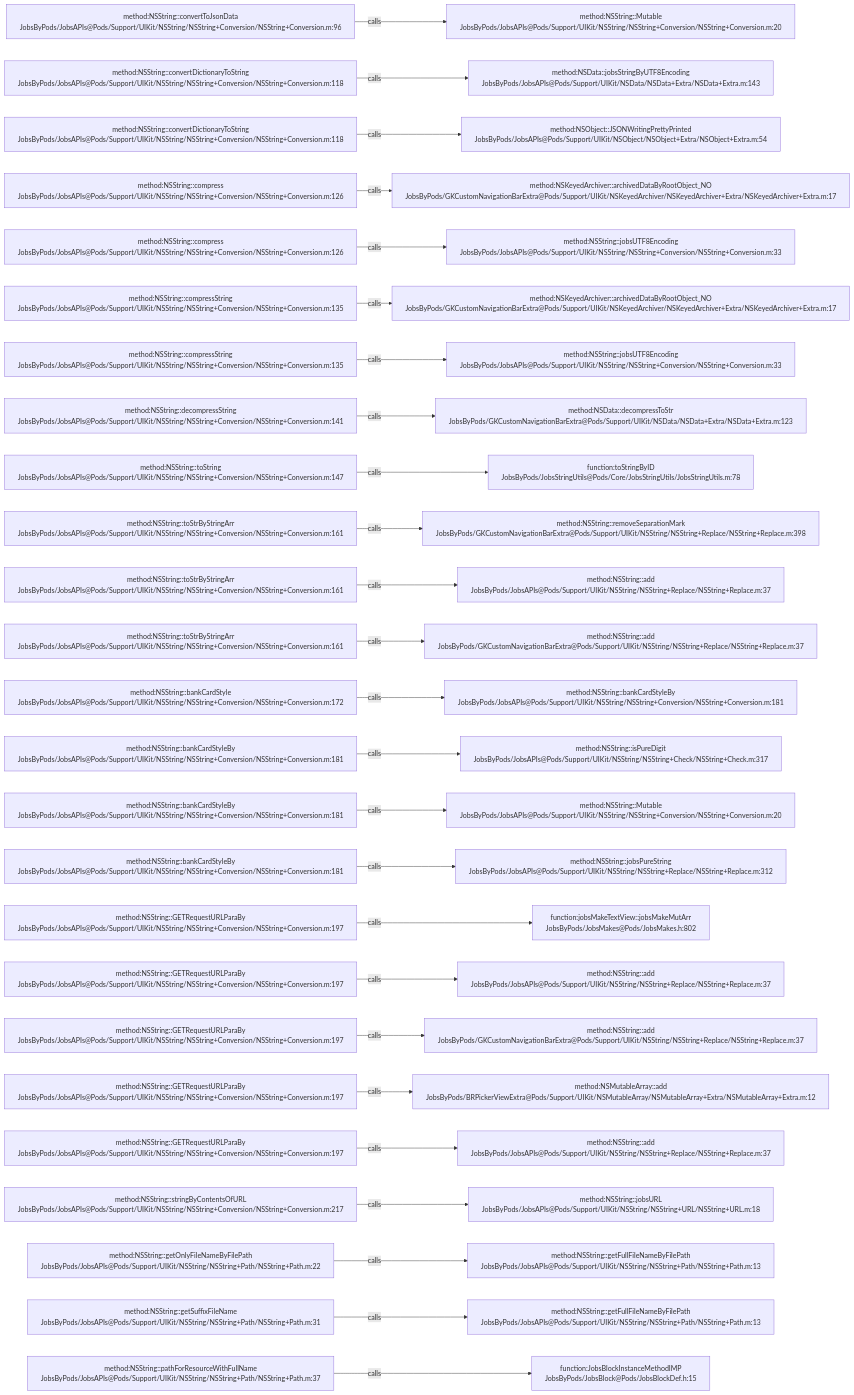
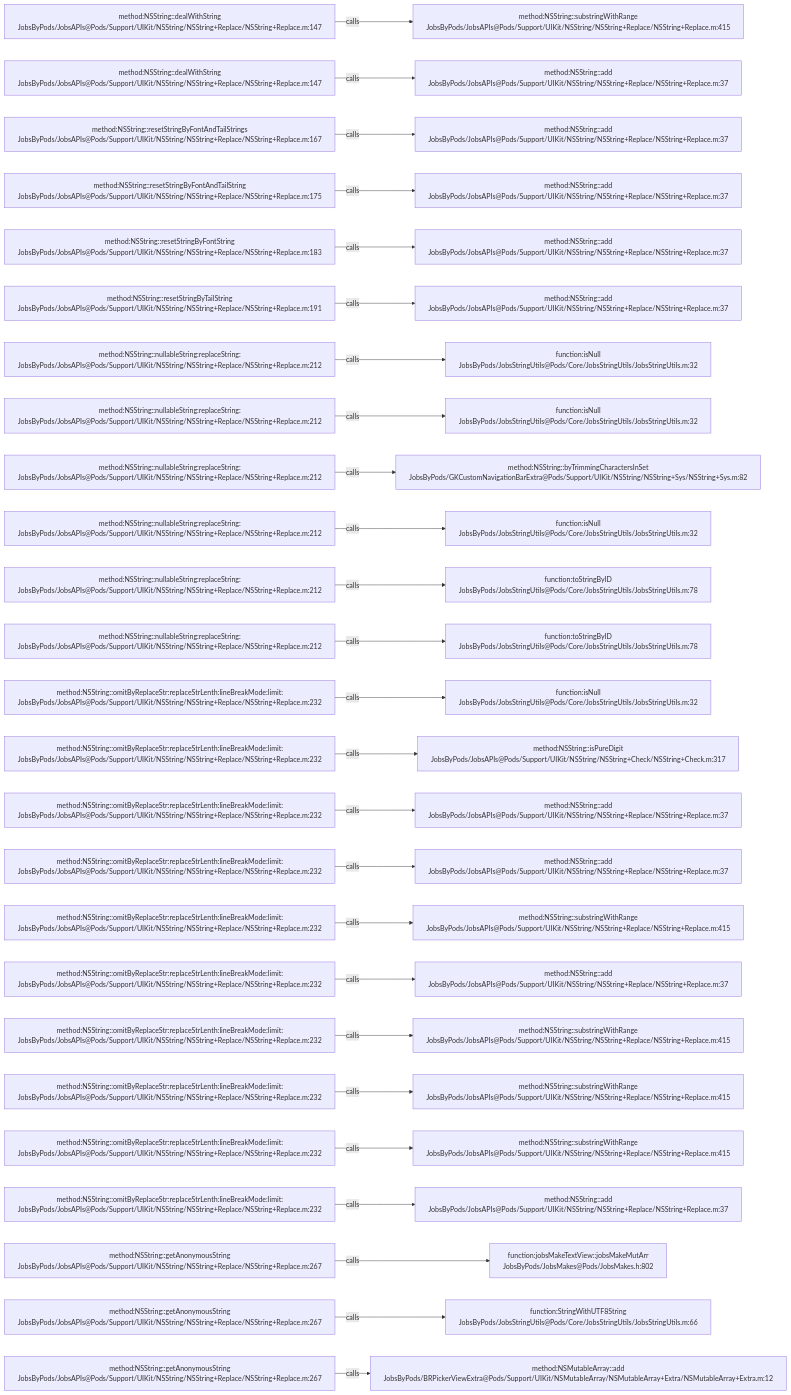
The diagram in .codegraph/codegraph.md/graphs/calls-085.md (JobsKits/JobsOCBaseConfigDemo), drawn with Mermaid before and after one commit. The commit also changed 223 other files, not shown here.

````diff
--- a/.codegraph/codegraph.md/graphs/calls-085.md
+++ b/.codegraph/codegraph.md/graphs/calls-085.md
@@ -13,78 +13,78 @@
 ```mermaid
 flowchart LR
-  S1["method:NSString::convertToJsonData<br/>JobsByPods/JobsAPIs@Pods/Support/UIKit/NSString/NSString+Conversion/NSString+Conversion.m:96"]
-  T1["method:NSString::Mutable<br/>JobsByPods/JobsAPIs@Pods/Support/UIKit/NSString/NSString+Conversion/NSString+Conversion.m:20"]
+  S1["method:NSString::dealWithString<br/>JobsByPods/JobsAPIs@Pods/Support/UIKit/NSString/NSString+Replace/NSString+Replace.m:147"]
+  T1["method:NSString::substringWithRange<br/>JobsByPods/JobsAPIs@Pods/Support/UIKit/NSString/NSString+Replace/NSString+Replace.m:415"]
   S1 -->|calls| T1
-  S2["method:NSString::convertDictionaryToString<br/>JobsByPods/JobsAPIs@Pods/Support/UIKit/NSString/NSString+Conversion/NSString+Conversion.m:118"]
-  T2["method:NSData::jobsStringByUTF8Encoding<br/>JobsByPods/JobsAPIs@Pods/Support/UIKit/NSData/NSData+Extra/NSData+Extra.m:143"]
+  S2["method:NSString::dealWithString<br/>JobsByPods/JobsAPIs@Pods/Support/UIKit/NSString/NSString+Replace/NSString+Replace.m:147"]
+  T2["method:NSString::add<br/>JobsByPods/JobsAPIs@Pods/Support/UIKit/NSString/NSString+Replace/NSString+Replace.m:37"]
   S2 -->|calls| T2
-  S3["method:NSString::convertDictionaryToString<br/>JobsByPods/JobsAPIs@Pods/Support/UIKit/NSString/NSString+Conversion/NSString+Conversion.m:118"]
-  T3["method:NSObject::JSONWritingPrettyPrinted<br/>JobsByPods/JobsAPIs@Pods/Support/UIKit/NSObject/NSObject+Extra/NSObject+Extra.m:54"]
+  S3["method:NSString::resetStringByFontAndTailStrings<br/>JobsByPods/JobsAPIs@Pods/Support/UIKit/NSString/NSString+Replace/NSString+Replace.m:167"]
+  T3["method:NSString::add<br/>JobsByPods/JobsAPIs@Pods/Support/UIKit/NSString/NSString+Replace/NSString+Replace.m:37"]
   S3 -->|calls| T3
-  S4["method:NSString::compress<br/>JobsByPods/JobsAPIs@Pods/Support/UIKit/NSString/NSString+Conversion/NSString+Conversion.m:126"]
-  T4["method:NSKeyedArchiver::archivedDataByRootObject_NO<br/>JobsByPods/GKCustomNavigationBarExtra@Pods/Support/UIKit/NSKeyedArchiver/NSKeyedArchiver+Extra/NSKeyedArchiver+Extra.m:17"]
+  S4["method:NSString::resetStringByFontAndTailString<br/>JobsByPods/JobsAPIs@Pods/Support/UIKit/NSString/NSString+Replace/NSString+Replace.m:175"]
+  T4["method:NSString::add<br/>JobsByPods/JobsAPIs@Pods/Support/UIKit/NSString/NSString+Replace/NSString+Replace.m:37"]
   S4 -->|calls| T4
-  S5["method:NSString::compress<br/>JobsByPods/JobsAPIs@Pods/Support/UIKit/NSString/NSString+Conversion/NSString+Conversion.m:126"]
-  T5["method:NSString::jobsUTF8Encoding<br/>JobsByPods/JobsAPIs@Pods/Support/UIKit/NSString/NSString+Conversion/NSString+Conversion.m:33"]
+  S5["method:NSString::resetStringByFontString<br/>JobsByPods/JobsAPIs@Pods/Support/UIKit/NSString/NSString+Replace/NSString+Replace.m:183"]
+  T5["method:NSString::add<br/>JobsByPods/JobsAPIs@Pods/Support/UIKit/NSString/NSString+Replace/NSString+Replace.m:37"]
   S5 -->|calls| T5
-  S6["method:NSString::compressString<br/>JobsByPods/JobsAPIs@Pods/Support/UIKit/NSString/NSString+Conversion/NSString+Conversion.m:135"]
-  T6["method:NSKeyedArchiver::archivedDataByRootObject_NO<br/>JobsByPods/GKCustomNavigationBarExtra@Pods/Support/UIKit/NSKeyedArchiver/NSKeyedArchiver+Extra/NSKeyedArchiver+Extra.m:17"]
+  S6["method:NSString::resetStringByTailString<br/>JobsByPods/JobsAPIs@Pods/Support/UIKit/NSString/NSString+Replace/NSString+Replace.m:191"]
+  T6["method:NSString::add<br/>JobsByPods/JobsAPIs@Pods/Support/UIKit/NSString/NSString+Replace/NSString+Replace.m:37"]
   S6 -->|calls| T6
-  S7["method:NSString::compressString<br/>JobsByPods/JobsAPIs@Pods/Support/UIKit/NSString/NSString+Conversion/NSString+Conversion.m:135"]
-  T7["method:NSString::jobsUTF8Encoding<br/>JobsByPods/JobsAPIs@Pods/Support/UIKit/NSString/NSString+Conversion/NSString+Conversion.m:33"]
+  S7["method:NSString::nullableString:replaceString:<br/>JobsByPods/JobsAPIs@Pods/Support/UIKit/NSString/NSString+Replace/NSString+Replace.m:212"]
+  T7["function:isNull<br/>JobsByPods/JobsStringUtils@Pods/Core/JobsStringUtils/JobsStringUtils.m:32"]
   S7 -->|calls| T7
-  S8["method:NSString::decompressString<br/>JobsByPods/JobsAPIs@Pods/Support/UIKit/NSString/NSString+Conversion/NSString+Conversion.m:141"]
-  T8["method:NSData::decompressToStr<br/>JobsByPods/GKCustomNavigationBarExtra@Pods/Support/UIKit/NSData/NSData+Extra/NSData+Extra.m:123"]
+  S8["method:NSString::nullableString:replaceString:<br/>JobsByPods/JobsAPIs@Pods/Support/UIKit/NSString/NSString+Replace/NSString+Replace.m:212"]
+  T8["function:isNull<br/>JobsByPods/JobsStringUtils@Pods/Core/JobsStringUtils/JobsStringUtils.m:32"]
   S8 -->|calls| T8
-  S9["method:NSString::toString<br/>JobsByPods/JobsAPIs@Pods/Support/UIKit/NSString/NSString+Conversion/NSString+Conversion.m:147"]
-  T9["function:toStringByID<br/>JobsByPods/JobsStringUtils@Pods/Core/JobsStringUtils/JobsStringUtils.m:78"]
+  S9["method:NSString::nullableString:replaceString:<br/>JobsByPods/JobsAPIs@Pods/Support/UIKit/NSString/NSString+Replace/NSString+Replace.m:212"]
+  T9["method:NSString::byTrimmingCharactersInSet<br/>JobsByPods/GKCustomNavigationBarExtra@Pods/Support/UIKit/NSString/NSString+Sys/NSString+Sys.m:82"]
   S9 -->|calls| T9
-  S10["method:NSString::toStrByStringArr<br/>JobsByPods/JobsAPIs@Pods/Support/UIKit/NSString/NSString+Conversion/NSString+Conversion.m:161"]
-  T10["method:NSString::removeSeparationMark<br/>JobsByPods/GKCustomNavigationBarExtra@Pods/Support/UIKit/NSString/NSString+Replace/NSString+Replace.m:398"]
+  S10["method:NSString::nullableString:replaceString:<br/>JobsByPods/JobsAPIs@Pods/Support/UIKit/NSString/NSString+Replace/NSString+Replace.m:212"]
+  T10["function:isNull<br/>JobsByPods/JobsStringUtils@Pods/Core/JobsStringUtils/JobsStringUtils.m:32"]
   S10 -->|calls| T10
-  S11["method:NSString::toStrByStringArr<br/>JobsByPods/JobsAPIs@Pods/Support/UIKit/NSString/NSString+Conversion/NSString+Conversion.m:161"]
-  T11["method:NSString::add<br/>JobsByPods/JobsAPIs@Pods/Support/UIKit/NSString/NSString+Replace/NSString+Replace.m:37"]
+  S11["method:NSString::nullableString:replaceString:<br/>JobsByPods/JobsAPIs@Pods/Support/UIKit/NSString/NSString+Replace/NSString+Replace.m:212"]
+  T11["function:toStringByID<br/>JobsByPods/JobsStringUtils@Pods/Core/JobsStringUtils/JobsStringUtils.m:78"]
   S11 -->|calls| T11
-  S12["method:NSString::toStrByStringArr<br/>JobsByPods/JobsAPIs@Pods/Support/UIKit/NSString/NSString+Conversion/NSString+Conversion.m:161"]
-  T12["method:NSString::add<br/>JobsByPods/GKCustomNavigationBarExtra@Pods/Support/UIKit/NSString/NSString+Replace/NSString+Replace.m:37"]
+  S12["method:NSString::nullableString:replaceString:<br/>JobsByPods/JobsAPIs@Pods/Support/UIKit/NSString/NSString+Replace/NSString+Replace.m:212"]
+  T12["function:toStringByID<br/>JobsByPods/JobsStringUtils@Pods/Core/JobsStringUtils/JobsStringUtils.m:78"]
   S12 -->|calls| T12
-  S13["method:NSString::bankCardStyle<br/>JobsByPods/JobsAPIs@Pods/Support/UIKit/NSString/NSString+Conversion/NSString+Conversion.m:172"]
-  T13["method:NSString::bankCardStyleBy<br/>JobsByPods/JobsAPIs@Pods/Support/UIKit/NSString/NSString+Conversion/NSString+Conversion.m:181"]
+  S13["method:NSString::omitByReplaceStr:replaceStrLenth:lineBreakMode:limit:<br/>JobsByPods/JobsAPIs@Pods/Support/UIKit/NSString/NSString+Replace/NSString+Replace.m:232"]
+  T13["function:isNull<br/>JobsByPods/JobsStringUtils@Pods/Core/JobsStringUtils/JobsStringUtils.m:32"]
   S13 -->|calls| T13
-  S14["method:NSString::bankCardStyleBy<br/>JobsByPods/JobsAPIs@Pods/Support/UIKit/NSString/NSString+Conversion/NSString+Conversion.m:181"]
+  S14["method:NSString::omitByReplaceStr:replaceStrLenth:lineBreakMode:limit:<br/>JobsByPods/JobsAPIs@Pods/Support/UIKit/NSString/NSString+Replace/NSString+Replace.m:232"]
   T14["method:NSString::isPureDigit<br/>JobsByPods/JobsAPIs@Pods/Support/UIKit/NSString/NSString+Check/NSString+Check.m:317"]
   S14 -->|calls| T14
-  S15["method:NSString::bankCardStyleBy<br/>JobsByPods/JobsAPIs@Pods/Support/UIKit/NSString/NSString+Conversion/NSString+Conversion.m:181"]
-  T15["method:NSString::Mutable<br/>JobsByPods/JobsAPIs@Pods/Support/UIKit/NSString/NSString+Conversion/NSString+Conversion.m:20"]
+  S15["method:NSString::omitByReplaceStr:replaceStrLenth:lineBreakMode:limit:<br/>JobsByPods/JobsAPIs@Pods/Support/UIKit/NSString/NSString+Replace/NSString+Replace.m:232"]
+  T15["method:NSString::add<br/>JobsByPods/JobsAPIs@Pods/Support/UIKit/NSString/NSString+Replace/NSString+Replace.m:37"]
   S15 -->|calls| T15
-  S16["method:NSString::bankCardStyleBy<br/>JobsByPods/JobsAPIs@Pods/Support/UIKit/NSString/NSString+Conversion/NSString+Conversion.m:181"]
-  T16["method:NSString::jobsPureString<br/>JobsByPods/JobsAPIs@Pods/Support/UIKit/NSString/NSString+Replace/NSString+Replace.m:312"]
+  S16["method:NSString::omitByReplaceStr:replaceStrLenth:lineBreakMode:limit:<br/>JobsByPods/JobsAPIs@Pods/Support/UIKit/NSString/NSString+Replace/NSString+Replace.m:232"]
+  T16["method:NSString::add<br/>JobsByPods/JobsAPIs@Pods/Support/UIKit/NSString/NSString+Replace/NSString+Replace.m:37"]
   S16 -->|calls| T16
-  S17["method:NSString::GETRequestURLParaBy<br/>JobsByPods/JobsAPIs@Pods/Support/UIKit/NSString/NSString+Conversion/NSString+Conversion.m:197"]
-  T17["function:jobsMakeTextView::jobsMakeMutArr<br/>JobsByPods/JobsMakes@Pods/JobsMakes.h:802"]
+  S17["method:NSString::omitByReplaceStr:replaceStrLenth:lineBreakMode:limit:<br/>JobsByPods/JobsAPIs@Pods/Support/UIKit/NSString/NSString+Replace/NSString+Replace.m:232"]
+  T17["method:NSString::substringWithRange<br/>JobsByPods/JobsAPIs@Pods/Support/UIKit/NSString/NSString+Replace/NSString+Replace.m:415"]
   S17 -->|calls| T17
-  S18["method:NSString::GETRequestURLParaBy<br/>JobsByPods/JobsAPIs@Pods/Support/UIKit/NSString/NSString+Conversion/NSString+Conversion.m:197"]
+  S18["method:NSString::omitByReplaceStr:replaceStrLenth:lineBreakMode:limit:<br/>JobsByPods/JobsAPIs@Pods/Support/UIKit/NSString/NSString+Replace/NSString+Replace.m:232"]
   T18["method:NSString::add<br/>JobsByPods/JobsAPIs@Pods/Support/UIKit/NSString/NSString+Replace/NSString+Replace.m:37"]
   S18 -->|calls| T18
-  S19["method:NSString::GETRequestURLParaBy<br/>JobsByPods/JobsAPIs@Pods/Support/UIKit/NSString/NSString+Conversion/NSString+Conversion.m:197"]
-  T19["method:NSString::add<br/>JobsByPods/GKCustomNavigationBarExtra@Pods/Support/UIKit/NSString/NSString+Replace/NSString+Replace.m:37"]
+  S19["method:NSString::omitByReplaceStr:replaceStrLenth:lineBreakMode:limit:<br/>JobsByPods/JobsAPIs@Pods/Support/UIKit/NSString/NSString+Replace/NSString+Replace.m:232"]
+  T19["method:NSString::substringWithRange<br/>JobsByPods/JobsAPIs@Pods/Support/UIKit/NSString/NSString+Replace/NSString+Replace.m:415"]
   S19 -->|calls| T19
-  S20["method:NSString::GETRequestURLParaBy<br/>JobsByPods/JobsAPIs@Pods/Support/UIKit/NSString/NSString+Conversion/NSString+Conversion.m:197"]
-  T20["method:NSMutableArray::add<br/>JobsByPods/BRPickerViewExtra@Pods/Support/UIKit/NSMutableArray/NSMutableArray+Extra/NSMutableArray+Extra.m:12"]
+  S20["method:NSString::omitByReplaceStr:replaceStrLenth:lineBreakMode:limit:<br/>JobsByPods/JobsAPIs@Pods/Support/UIKit/NSString/NSString+Replace/NSString+Replace.m:232"]
+  T20["method:NSString::substringWithRange<br/>JobsByPods/JobsAPIs@Pods/Support/UIKit/NSString/NSString+Replace/NSString+Replace.m:415"]
   S20 -->|calls| T20
-  S21["method:NSString::GETRequestURLParaBy<br/>JobsByPods/JobsAPIs@Pods/Support/UIKit/NSString/NSString+Conversion/NSString+Conversion.m:197"]
-  T21["method:NSString::add<br/>JobsByPods/JobsAPIs@Pods/Support/UIKit/NSString/NSString+Replace/NSString+Replace.m:37"]
+  S21["method:NSString::omitByReplaceStr:replaceStrLenth:lineBreakMode:limit:<br/>JobsByPods/JobsAPIs@Pods/Support/UIKit/NSString/NSString+Replace/NSString+Replace.m:232"]
+  T21["method:NSString::substringWithRange<br/>JobsByPods/JobsAPIs@Pods/Support/UIKit/NSString/NSString+Replace/NSString+Replace.m:415"]
   S21 -->|calls| T21
-  S22["method:NSString::stringByContentsOfURL<br/>JobsByPods/JobsAPIs@Pods/Support/UIKit/NSString/NSString+Conversion/NSString+Conversion.m:217"]
-  T22["method:NSString::jobsURL<br/>JobsByPods/JobsAPIs@Pods/Support/UIKit/NSString/NSString+URL/NSString+URL.m:18"]
+  S22["method:NSString::omitByReplaceStr:replaceStrLenth:lineBreakMode:limit:<br/>JobsByPods/JobsAPIs@Pods/Support/UIKit/NSString/NSString+Replace/NSString+Replace.m:232"]
+  T22["method:NSString::add<br/>JobsByPods/JobsAPIs@Pods/Support/UIKit/NSString/NSString+Replace/NSString+Replace.m:37"]
   S22 -->|calls| T22
-  S23["method:NSString::getOnlyFileNameByFilePath<br/>JobsByPods/JobsAPIs@Pods/Support/UIKit/NSString/NSString+Path/NSString+Path.m:22"]
-  T23["method:NSString::getFullFileNameByFilePath<br/>JobsByPods/JobsAPIs@Pods/Support/UIKit/NSString/NSString+Path/NSString+Path.m:13"]
+  S23["method:NSString::getAnonymousString<br/>JobsByPods/JobsAPIs@Pods/Support/UIKit/NSString/NSString+Replace/NSString+Replace.m:267"]
+  T23["function:jobsMakeTextView::jobsMakeMutArr<br/>JobsByPods/JobsMakes@Pods/JobsMakes.h:802"]
   S23 -->|calls| T23
-  S24["method:NSString::getSuffixFileName<br/>JobsByPods/JobsAPIs@Pods/Support/UIKit/NSString/NSString+Path/NSString+Path.m:31"]
-  T24["method:NSString::getFullFileNameByFilePath<br/>JobsByPods/JobsAPIs@Pods/Support/UIKit/NSString/NSString+Path/NSString+Path.m:13"]
+  S24["method:NSString::getAnonymousString<br/>JobsByPods/JobsAPIs@Pods/Support/UIKit/NSString/NSString+Replace/NSString+Replace.m:267"]
+  T24["function:StringWithUTF8String<br/>JobsByPods/JobsStringUtils@Pods/Core/JobsStringUtils/JobsStringUtils.m:66"]
   S24 -->|calls| T24
-  S25["method:NSString::pathForResourceWithFullName<br/>JobsByPods/JobsAPIs@Pods/Support/UIKit/NSString/NSString+Path/NSString+Path.m:37"]
-  T25["function:JobsBlockInstanceMethodIMP<br/>JobsByPods/JobsBlock@Pods/JobsBlockDef.h:15"]
+  S25["method:NSString::getAnonymousString<br/>JobsByPods/JobsAPIs@Pods/Support/UIKit/NSString/NSString+Replace/NSString+Replace.m:267"]
+  T25["method:NSMutableArray::add<br/>JobsByPods/BRPickerViewExtra@Pods/Support/UIKit/NSMutableArray/NSMutableArray+Extra/NSMutableArray+Extra.m:12"]
   S25 -->|calls| T25
 ```
````
